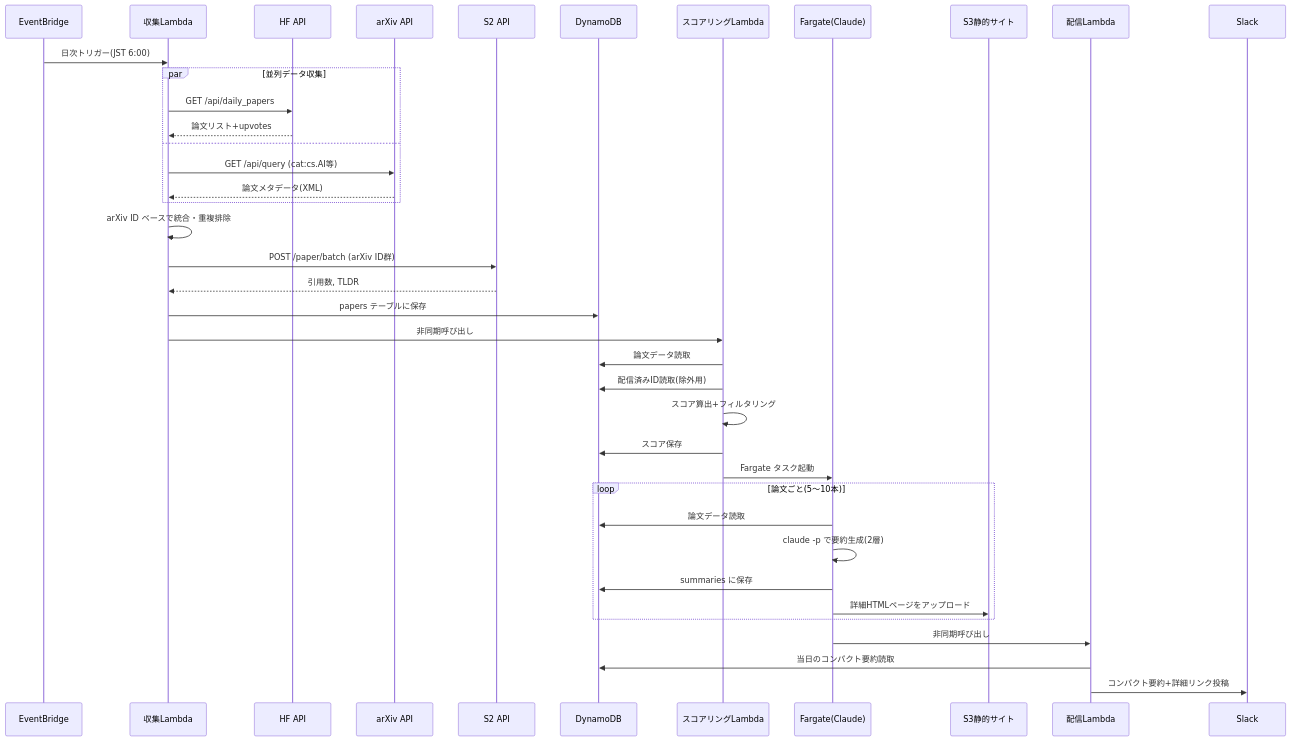
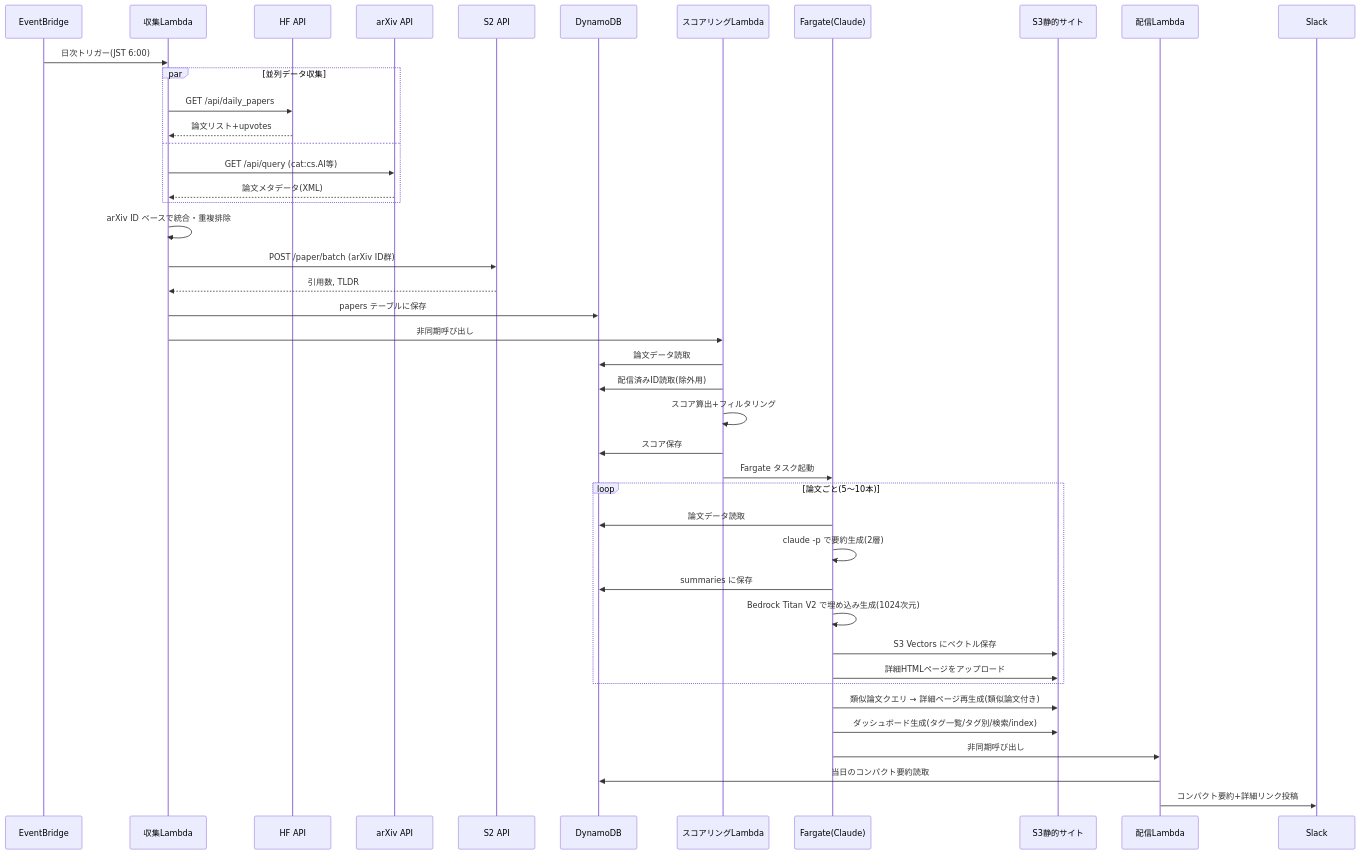
One commit to Shintaro-Abe/ai-papers-digest changed the third of 7 diagrams in docs/functional-design.md. Above: the diagram before and after it, drawn with Mermaid. The commit also changed 3 other files, not shown here.

````diff
--- a/docs/functional-design.md
+++ b/docs/functional-design.md
@@ -97,48 +97,52 @@
 ```mermaid
 sequenceDiagram
     participant EB as EventBridge
     participant L1 as 収集Lambda
     participant HF as HF API
     participant AR as arXiv API
     participant SS as S2 API
     participant DDB as DynamoDB
     participant L2 as スコアリングLambda
     participant ECS as Fargate(Claude)
     participant S3 as S3静的サイト
     participant L3 as 配信Lambda
     participant SL as Slack
 
     EB->>L1: 日次トリガー(JST 6:00)
 
     par 並列データ収集
         L1->>HF: GET /api/daily_papers
         HF-->>L1: 論文リスト+upvotes
     and
         L1->>AR: GET /api/query (cat:cs.AI等)
         AR-->>L1: 論文メタデータ(XML)
     end
 
     L1->>L1: arXiv ID ベースで統合・重複排除
     L1->>SS: POST /paper/batch (arXiv ID群)
     SS-->>L1: 引用数, TLDR
 
     L1->>DDB: papers テーブルに保存
     L1->>L2: 非同期呼び出し
 
     L2->>DDB: 論文データ読取
     L2->>DDB: 配信済みID読取(除外用)
     L2->>L2: スコア算出+フィルタリング
     L2->>DDB: スコア保存
     L2->>ECS: Fargate タスク起動
 
     loop 論文ごと(5〜10本)
         ECS->>DDB: 論文データ読取
         ECS->>ECS: claude -p で要約生成(2層)
         ECS->>DDB: summaries に保存
+        ECS->>ECS: Bedrock Titan V2 で埋め込み生成(1024次元)
+        ECS->>S3: S3 Vectors にベクトル保存
         ECS->>S3: 詳細HTMLページをアップロード
     end
 
+    ECS->>S3: 類似論文クエリ → 詳細ページ再生成(類似論文付き)
+    ECS->>S3: ダッシュボード生成(タグ一覧/タグ別/検索/index)
     ECS->>L3: 非同期呼び出し
     L3->>DDB: 当日のコンパクト要約読取
     L3->>SL: コンパクト要約+詳細リンク投稿
 ```
````
